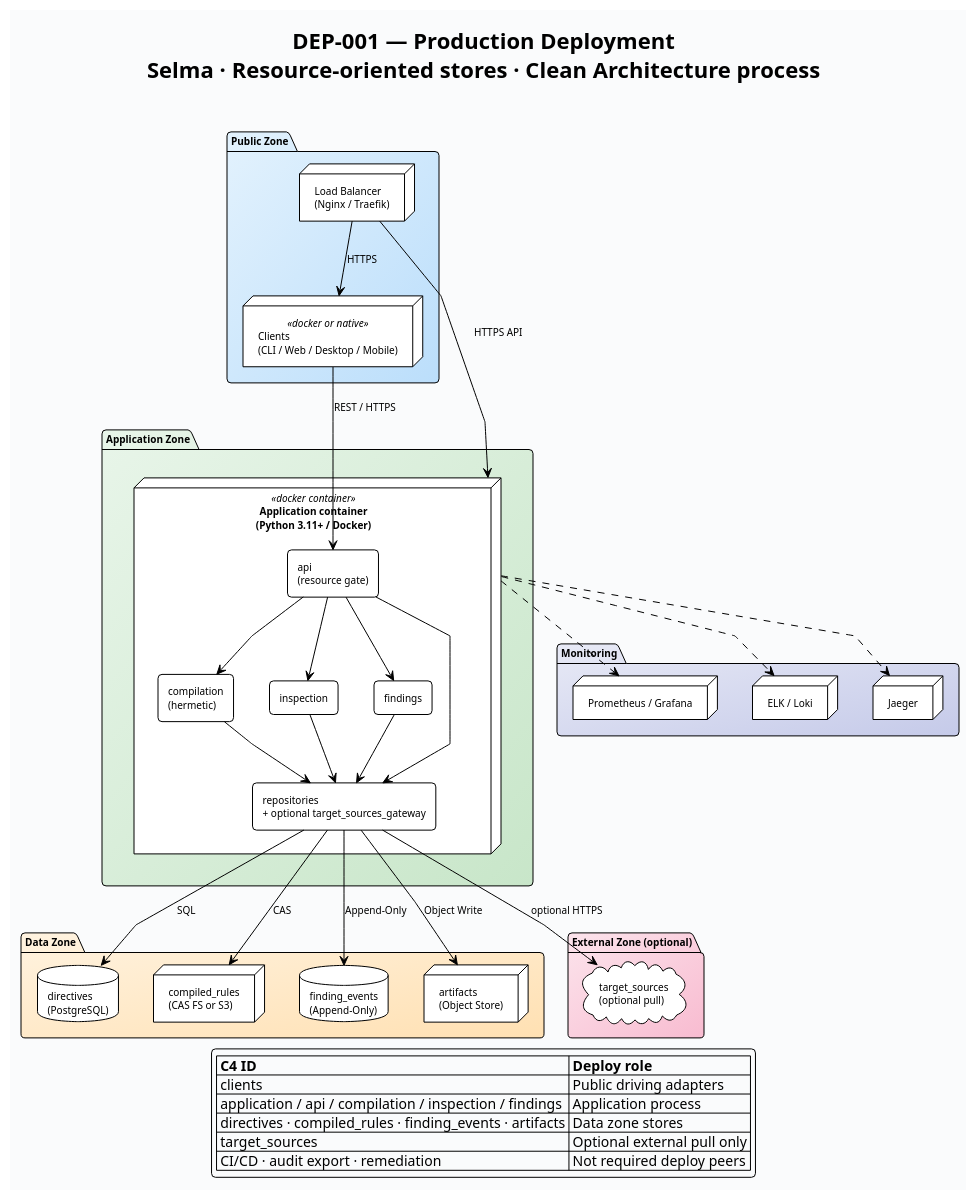
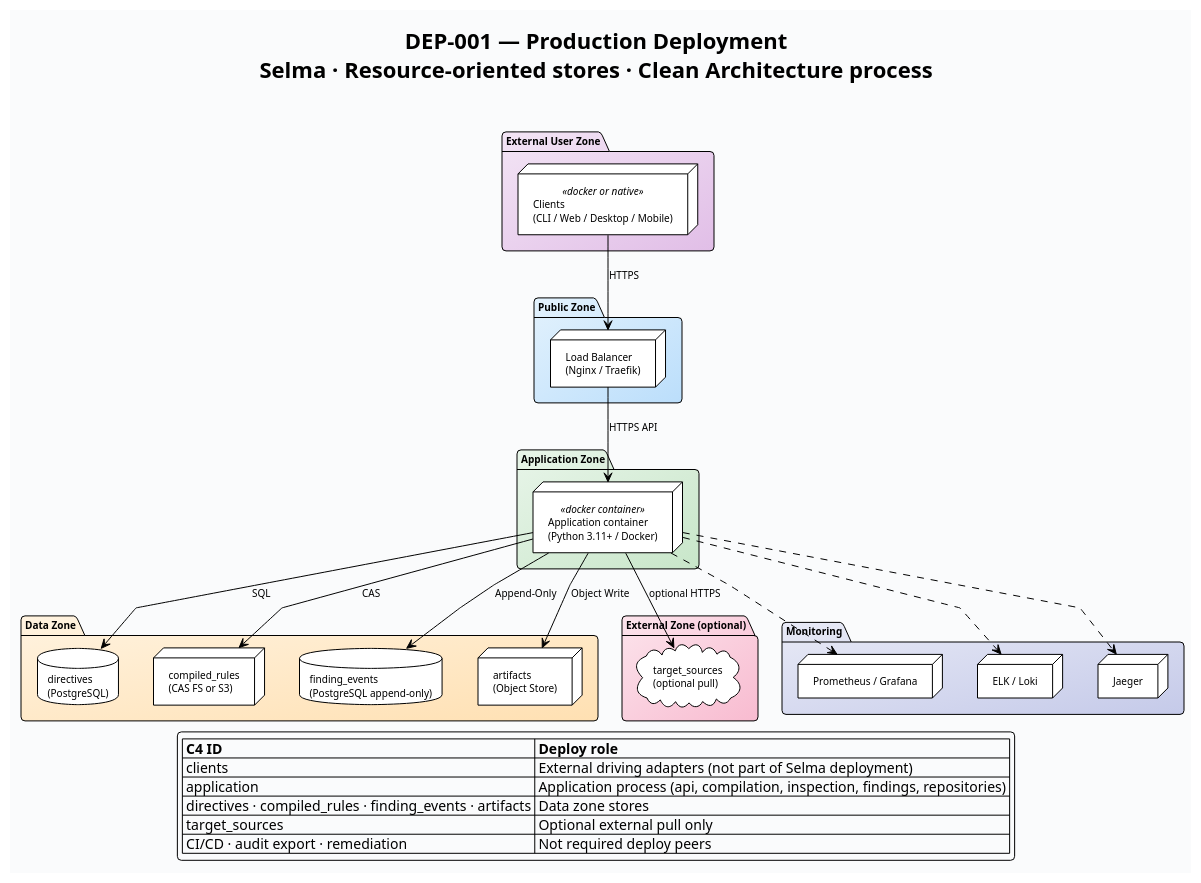
One commit to salimnamvar/selma changed the diagram in docs/deployment/dep_001_production.puml. Above: the diagram before and after it, drawn with PlantUML. The commit also changed 20 other files, not shown here.

First line of the commit message:
feat(docs): remove outdated design documents and update package architecture

```diff
--- a/docs/deployment/dep_001_production.puml
+++ b/docs/deployment/dep_001_production.puml
@@ -6,75 +6,63 @@
 @startuml dep_001_production
 title **DEP-001 — Production Deployment**\nSelma · Resource-oriented stores · Clean Architecture process\n
 
 !theme plain
 skinparam linetype polyline
 skinparam defaultFontName Arial
 skinparam defaultFontSize 10
 skinparam shadowing false
 skinparam roundCorner 8
 skinparam backgroundColor #FAFBFC
 
-package "Public Zone" as PUBLIC_ZONE #E3F2FD/BBDEFB {
-    node "Load Balancer\n(Nginx / Traefik)" as LOAD_BALANCER
+package "External User Zone" as USER_ZONE #F3E5F5/E1BEE7 {
     node "Clients\n(CLI / Web / Desktop / Mobile)" as CLIENTS <<docker or native>>
 }
 
+package "Public Zone" as PUBLIC_ZONE #E3F2FD/BBDEFB {
+    node "Load Balancer\n(Nginx / Traefik)" as LOAD_BALANCER
+}
+
 package "Application Zone" as APP_ZONE #E8F5E9/C8E6C9 {
-    node "Application container\n(Python 3.11+ / Docker)" as APP <<docker container>> {
-        rectangle "api\n(resource gate)" as API
-        rectangle "compilation\n(hermetic)" as COMPILATION
-        rectangle "inspection" as INSPECTION
-        rectangle "findings" as FINDINGS
-        rectangle "repositories\n+ optional target_sources_gateway" as REPOS
-    }
+    node "Application container\n(Python 3.11+ / Docker)" as APP <<docker container>>
 }
 
 package "Data Zone" as DATA_ZONE #FFF3E0/FFE0B2 {
     database "directives\n(PostgreSQL)" as DIRECTIVES
     node "compiled_rules\n(CAS FS or S3)" as COMPILED
-    database "finding_events\n(Append-Only)" as EVENTS
+    database "finding_events\n(PostgreSQL append-only)" as EVENTS
     node "artifacts\n(Object Store)" as ARTIFACTS
 }
 
 package "External Zone (optional)" as EXT_ZONE #FCE4EC/F8BBD0 {
     cloud "target_sources\n(optional pull)" as TARGETS
 }
 
 package "Monitoring" as MON #E8EAF6/C5CAE9 {
     node "Prometheus / Grafana" as PROM
     node "ELK / Loki" as ELK
     node "Jaeger" as JAEGER
 }
 
-LOAD_BALANCER --> CLIENTS : HTTPS
+CLIENTS --> LOAD_BALANCER : HTTPS
 LOAD_BALANCER --> APP : HTTPS API
-CLIENTS --> API : REST / HTTPS
 
-API --> COMPILATION
-API --> INSPECTION
-API --> FINDINGS
-API --> REPOS
-COMPILATION --> REPOS
-INSPECTION --> REPOS
-FINDINGS --> REPOS
-
-REPOS --> DIRECTIVES : SQL
-REPOS --> COMPILED : CAS
-REPOS --> EVENTS : Append-Only
-REPOS --> ARTIFACTS : Object Write
-REPOS --> TARGETS : optional HTTPS
+APP --> DIRECTIVES : SQL
+APP --> COMPILED : CAS
+APP --> EVENTS : Append-Only
+APP --> ARTIFACTS : Object Write
+APP --> TARGETS : optional HTTPS
 
 APP ..> PROM
 APP ..> ELK
 APP ..> JAEGER
 
 legend bottom
   |= C4 ID |= Deploy role |
-  | clients | Public driving adapters |
-  | application / api / compilation / inspection / findings | Application process |
+  | clients | External driving adapters (not part of Selma deployment) |
+  | application | Application process (api, compilation, inspection, findings, repositories) |
   | directives · compiled_rules · finding_events · artifacts | Data zone stores |
   | target_sources | Optional external pull only |
   | CI/CD · audit export · remediation | Not required deploy peers |
 endlegend
 
 @enduml
```
